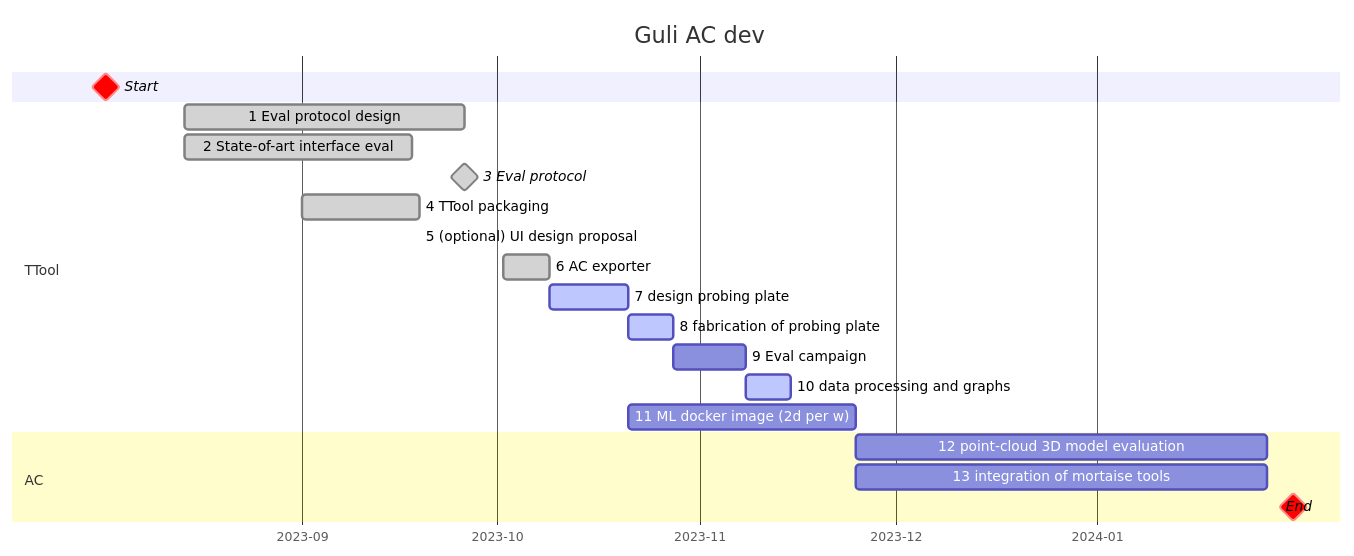
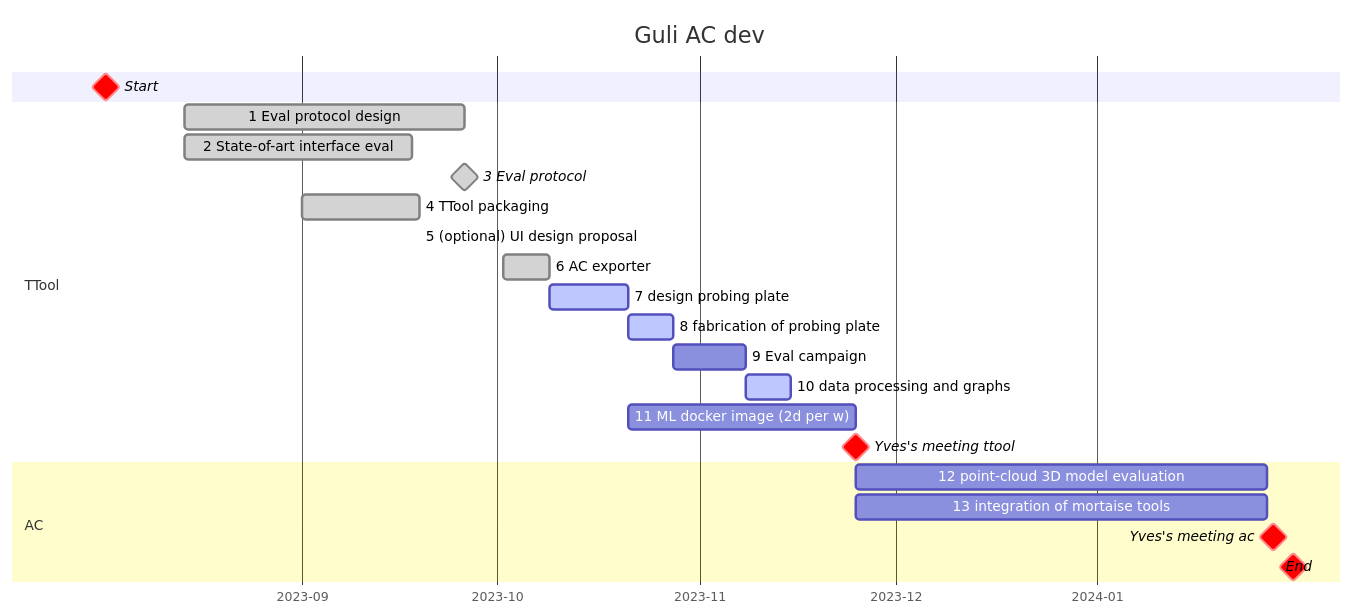
Before and after one commit to ibois-epfl/augmented-carpentry: the first of 2 diagrams in README.md, drawn with Mermaid.

Commit message:
ADD: meetings with Yves in plannings

````diff
--- a/README.md
+++ b/README.md
@@ -16,27 +16,29 @@
 ```mermaid
 gantt
     dateFormat  YYYY-MM-DD
     title       Guli AC dev
     axisFormat %Y-%m
 
     Start                                                     :milestone, crit, strt, 2023-08-02, 0d
 
     section TTool
     1 Eval protocol design                                      :done, cmkprj, 2023-08-14, 6.2w
     2 State-of-art interface eval                               :done, ref, 2023-08-14, 5w
     3 Eval protocol                                             :done, milestone, milttol, 2023-09-26, 0d
     4 TTool packaging                                           :done, packcont, 2023-09-01, 2.5w
     5 (optional) UI design proposal                             :uidesign, after packcont, 0d
     6 AC exporter                                               :done, acexp, 2023-10-02, 1w
     7 design probing plate                                      :active, active, probplt, after acexp, 12d
     8 fabrication of probing plate                              :active, fabplt, after probplt, 1w
     9 Eval campaign                                             :eval, after fabplt, 1.5w
     10 data processing and graphs                               :active, dataaprgr, after eval, 1w
     11 ML docker image (2d per w)                               :mlclass, after probplt, 5w
+    Yves's meeting ttool                                        :milestone, crit, after mlclass, 0d
 
     section AC
     12 point-cloud 3D model evaluation                          :acdev, after mlclass, 9w
     13 integration of mortaise tools                            :acdev, after mlclass, 9w
+    Yves's meeting ac                                        :milestone, crit, 2024-01-28, 0d
 
     End                                                         :milestone, crit, ender, 2024-01-31, 0d
 ```
````
